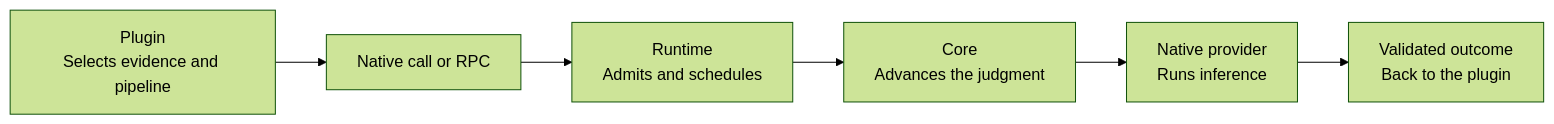
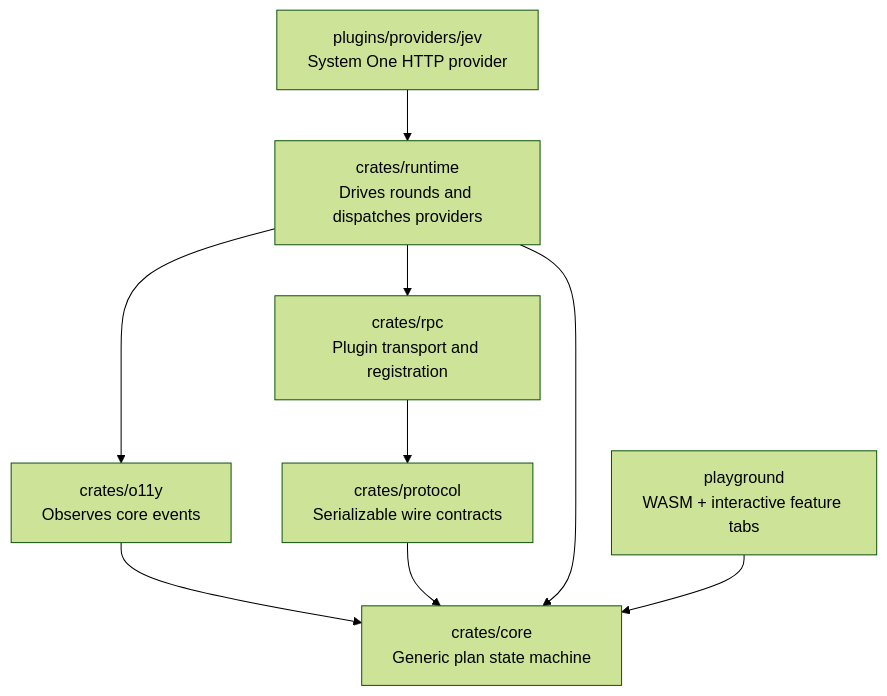
The third of 5 diagrams in docs/plans/pluggability.md (StevenJPx2/chauffeur), drawn with Mermaid (forest theme) before and after one commit. The commit also changed other lines of this file, not shown here.

First line of the commit message:
docs(plans): parity with main, release cutover, and the slice 2 plan

````diff
--- a/docs/plans/pluggability.md
+++ b/docs/plans/pluggability.md
@@ -18,8 +92,12 @@
 ```mermaid
-flowchart LR
-    Prepare["Plugin<br/>Selects evidence and pipeline"] --> Submit["Native call or RPC"]
-    Submit --> Runtime["Runtime<br/>Admits and schedules"]
-    Runtime --> Core["Core<br/>Advances the judgment"]
-    Core --> Provider["Native provider<br/>Runs inference"]
-    Provider --> Result["Validated outcome<br/>Back to the plugin"]
+flowchart TB
+    Core["crates/core<br/>Generic plan state machine"]
+    O11y["crates/o11y<br/>Observes core events"] --> Core
+    Protocol["crates/protocol<br/>Serializable wire contracts"] --> Core
+    Rpc["crates/rpc<br/>Plugin transport and registration"] --> Protocol
+    Runtime["crates/runtime<br/>Drives rounds and dispatches providers"] --> Core
+    Runtime --> O11y
+    Runtime --> Rpc
+    Jev["plugins/providers/jev<br/>System One HTTP provider"] --> Runtime
+    Playground["playground<br/>WASM + interactive feature tabs"] --> Core
 ```
````
